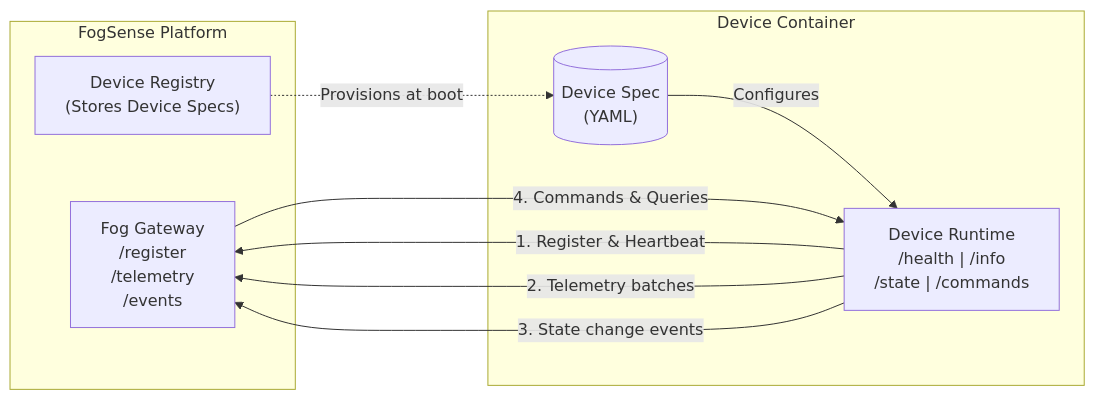
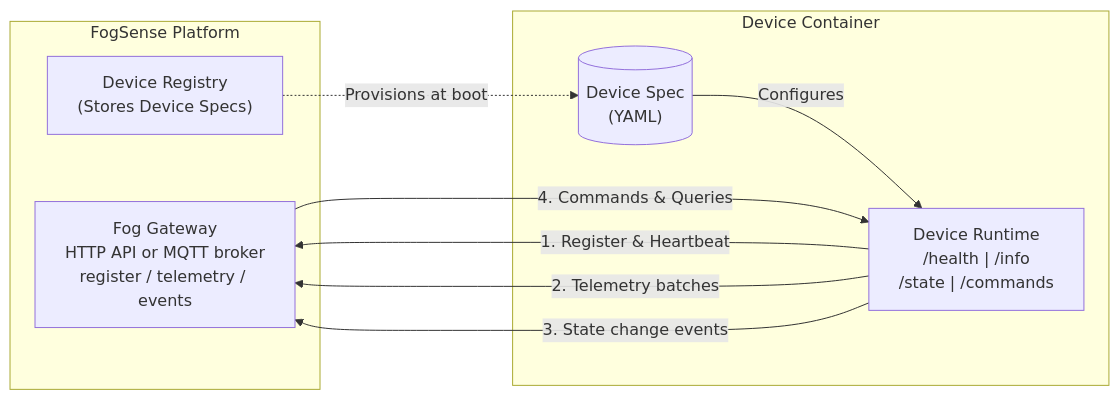
The diagram in docs/docs/intro.md (aprountzos/fogsense-device-runtime), drawn with Mermaid before and after one commit. The commit also changed other lines of this file, not shown here.

Commit message:
Update introduction architecture for HTTP and MQTT transports

````diff
--- a/docs/docs/intro.md
+++ b/docs/docs/intro.md
@@ -25,19 +25,19 @@
 ```mermaid
 graph LR
     subgraph Platform["FogSense Platform"]
-        Gateway["Fog Gateway<br/>/register<br/>/telemetry<br/>/events"]
+        Gateway["Fog Gateway<br/>HTTP API or MQTT broker<br/>register / telemetry / events"]
         Registry["Device Registry<br/>(Stores Device Specs)"]
     end
 
     subgraph Container["Device Container"]
         Runtime["Device Runtime<br/>/health | /info<br/>/state | /commands"]
         Spec[("Device Spec<br/>(YAML)")]
     end
 
     Registry -.->|"Provisions at boot"| Spec
     Spec -->|"Configures"| Runtime
     Runtime -->|"1. Register & Heartbeat"| Gateway
     Runtime -->|"2. Telemetry batches"| Gateway
     Runtime -->|"3. State change events"| Gateway
     Gateway -->|"4. Commands & Queries"| Runtime
 ```
````
